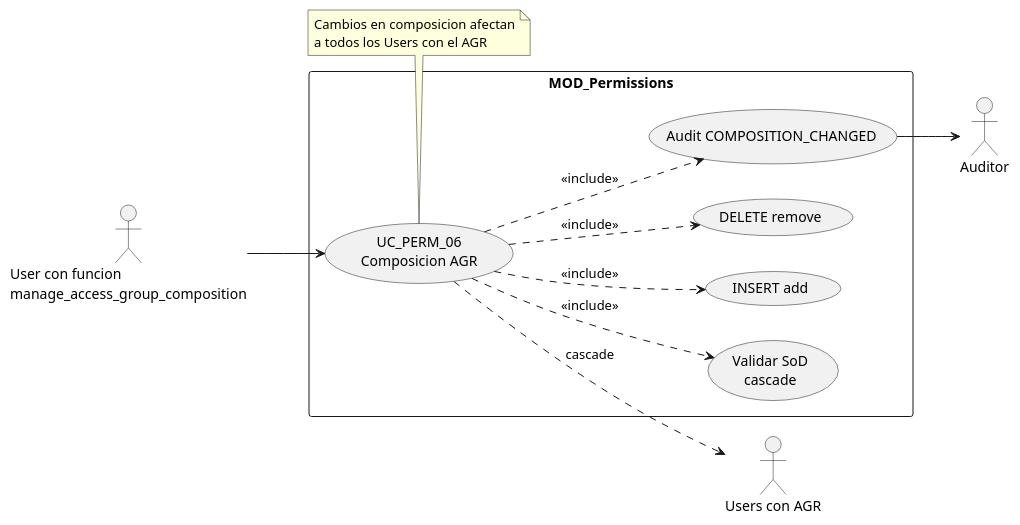
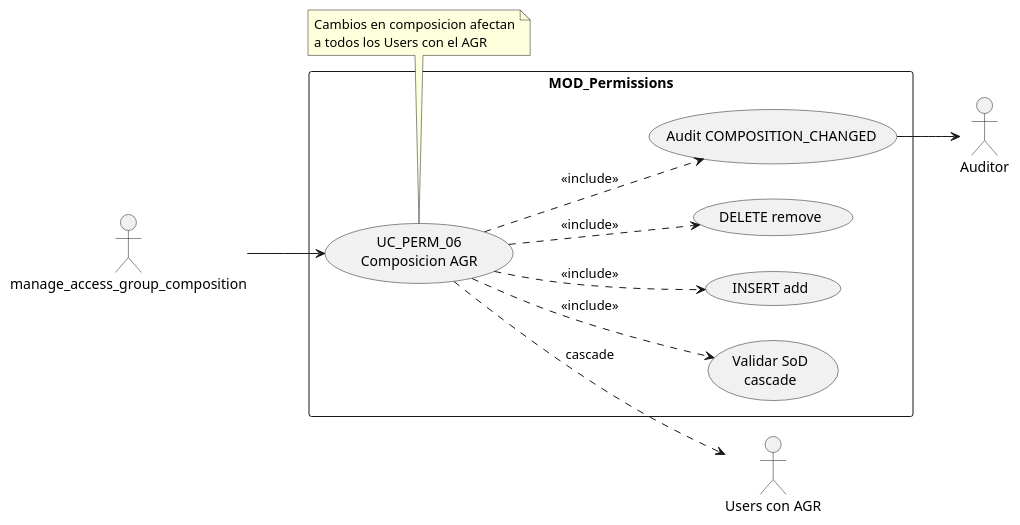
Before and after one commit to jcg-admin/IACT-docs: the first of 4 diagrams in source/requisitos/casos-uso/permissions/uc-perm-06/diagramas-uml.rst, drawn with PlantUML. The commit also changed 77 other files, not shown here.

First line of the commit message:
Enforce RBAC function names as actors in all UML diagrams

```diff
--- a/source/requisitos/casos-uso/permissions/uc-perm-06/diagramas-uml.rst
+++ b/source/requisitos/casos-uso/permissions/uc-perm-06/diagramas-uml.rst
@@ -10,32 +10,32 @@
 .. uml::
  :caption: UC_PERM_06 — composicion AGR
 
  @startuml
  left to right direction
 
- actor "User con funcion\nmanage_access_group_composition" as MGR
+ actor "manage_access_group_composition" as MGR
  actor "Users con AGR" as USERS
  actor "Auditor" as AUD
 
  rectangle "MOD_Permissions" {
    usecase "UC_PERM_06\nComposicion AGR" as UC06
    usecase "Validar SoD\ncascade" as VSOD
    usecase "INSERT add" as INS
    usecase "DELETE remove" as DEL
    usecase "Audit COMPOSITION_CHANGED" as EMI
  }
 
  MGR --> UC06
  UC06 ..> VSOD : <<include>>
  UC06 ..> INS : <<include>>
  UC06 ..> DEL : <<include>>
  UC06 ..> EMI : <<include>>
  UC06 ..> USERS : cascade
  EMI --> AUD
 
  note bottom of UC06
    Cambios en composicion afectan
    a todos los Users con el AGR
  end note
 
  @enduml
```
